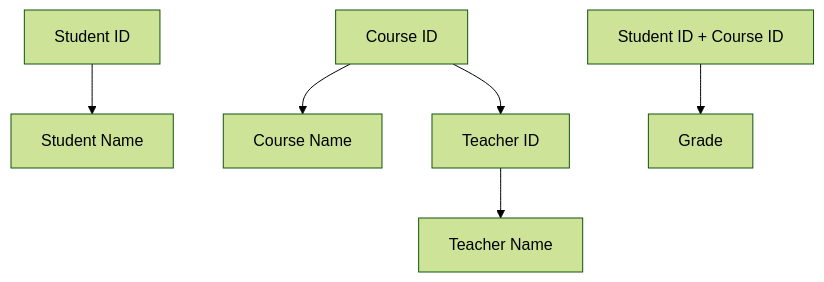
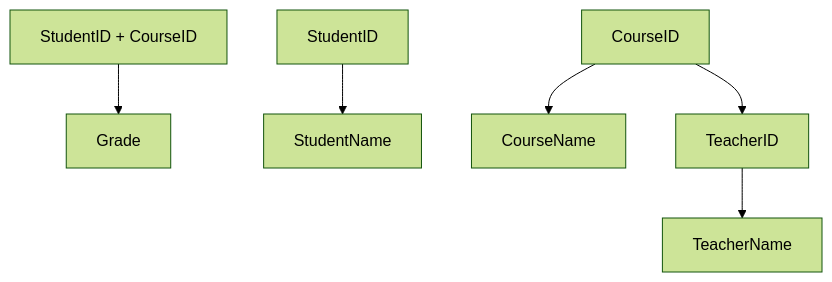
Before and after one commit to pentoshi007/prep: diagram 12 of 14 in DBMS/norm.md, drawn with Mermaid (forest theme). The commit also changed other lines of this file, not shown here.

````diff
--- a/DBMS/norm.md
+++ b/DBMS/norm.md
@@ -503,8 +899,8 @@
 ```mermaid
 flowchart TD
-    S[Student ID] --> SN[Student Name]
-    C[Course ID] --> CN[Course Name]
-    C --> T[Teacher ID]
-    T --> TN[Teacher Name]
-    SC[Student ID + Course ID] --> G[Grade]
+    K[StudentID + CourseID] --> G[Grade]
+    S[StudentID] --> SN[StudentName]
+    C[CourseID] --> CN[CourseName]
+    C --> T[TeacherID]
+    T --> TN[TeacherName]
 ```
````
